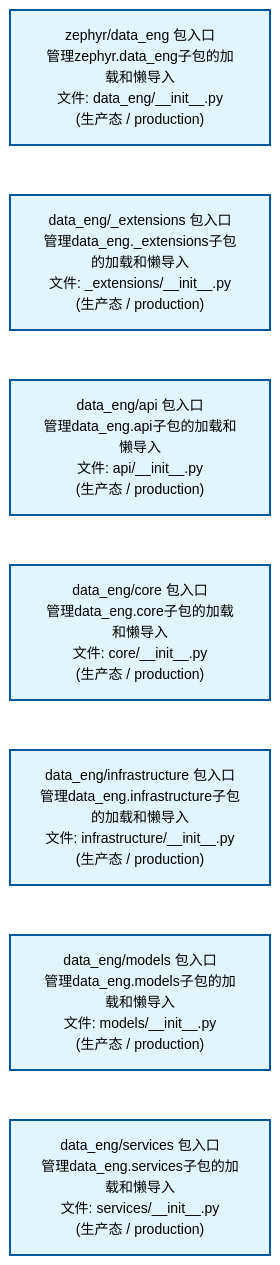
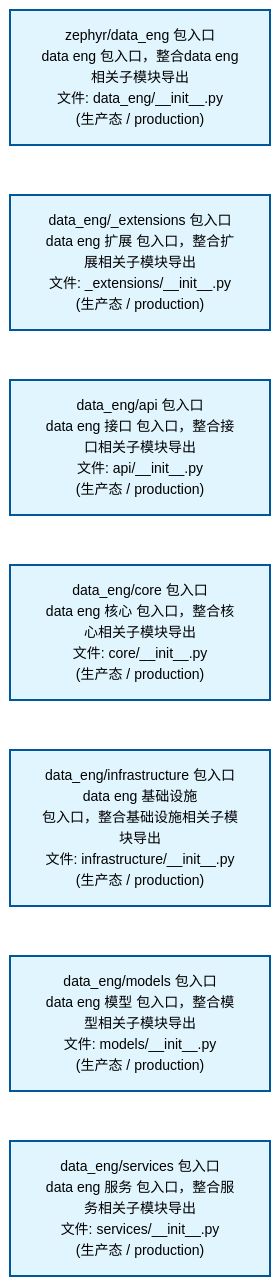
Before and after one commit to xuanFelixVan/ZephyrAlpha: the first of 2 diagrams in docs/02_enterprise_architecture/02_domain_architecture_docs/12_d_data_eng.md, drawn with Mermaid. The commit also changed other lines of this file and 50 other files, not shown here.

````diff
--- a/docs/02_enterprise_architecture/02_domain_architecture_docs/12_d_data_eng.md
+++ b/docs/02_enterprise_architecture/02_domain_architecture_docs/12_d_data_eng.md
@@ -53,22 +53,22 @@
 ```mermaid
 %%{init: {'theme': 'base', 'themeVariables': {'primaryColor': '#eaeaea', 'primaryTextColor': '#333333', 'primaryBorderColor': '#666666', 'lineColor': '#666666', 'secondaryColor': '#eaeaea', 'tertiaryColor': '#eaeaea', 'fontSize': '14px'}}}%%
 flowchart TD
-    src_zephyr_data_eng_init_py["zephyr/data_eng 包入口<br/>管理zephyr.data_eng子包的加载和懒导入<br/>文件: data_eng/__init__.py<br/>(生产态 / production)"]
-    src_zephyr_data_eng_extensions_init_py["data_eng/_extensions 包入口<br/>管理data_eng._extensions子包的加载和懒导入<br/>文件: _extensions/__init__.py<br/>(生产态 / production)"]
-    src_zephyr_data_eng_api_init_py["data_eng/api 包入口<br/>管理data_eng.api子包的加载和懒导入<br/>文件: api/__init__.py<br/>(生产态 / production)"]
-    src_zephyr_data_eng_core_init_py["data_eng/core 包入口<br/>管理data_eng.core子包的加载和懒导入<br/>文件: core/__init__.py<br/>(生产态 / production)"]
-    src_zephyr_data_eng_infrastructure_init_py["data_eng/infrastructure 包入口<br/>管理data_eng.infrastructure子包的加载和懒导入<br/>文件: infrastructure/__init__.py<br/>(生产态 / production)"]
-    src_zephyr_data_eng_models_init_py["data_eng/models 包入口<br/>管理data_eng.models子包的加载和懒导入<br/>文件: models/__init__.py<br/>(生产态 / production)"]
-    src_zephyr_data_eng_services_init_py["data_eng/services 包入口<br/>管理data_eng.services子包的加载和懒导入<br/>文件: services/__init__.py<br/>(生产态 / production)"]
+    src_zephyr_data_eng_init_py["zephyr/data_eng 包入口<br/>data eng 包入口，整合data eng相关子模块导出<br/>文件: data_eng/__init__.py<br/>(生产态 / production)"]
+    src_zephyr_data_eng_extensions_init_py["data_eng/_extensions 包入口<br/>data eng 扩展 包入口，整合扩展相关子模块导出<br/>文件: _extensions/__init__.py<br/>(生产态 / production)"]
+    src_zephyr_data_eng_api_init_py["data_eng/api 包入口<br/>data eng 接口 包入口，整合接口相关子模块导出<br/>文件: api/__init__.py<br/>(生产态 / production)"]
+    src_zephyr_data_eng_core_init_py["data_eng/core 包入口<br/>data eng 核心 包入口，整合核心相关子模块导出<br/>文件: core/__init__.py<br/>(生产态 / production)"]
+    src_zephyr_data_eng_infrastructure_init_py["data_eng/infrastructure 包入口<br/>data eng 基础设施<br/>包入口，整合基础设施相关子模块导出<br/>文件: infrastructure/__init__.py<br/>(生产态 / production)"]
+    src_zephyr_data_eng_models_init_py["data_eng/models 包入口<br/>data eng 模型 包入口，整合模型相关子模块导出<br/>文件: models/__init__.py<br/>(生产态 / production)"]
+    src_zephyr_data_eng_services_init_py["data_eng/services 包入口<br/>data eng 服务 包入口，整合服务相关子模块导出<br/>文件: services/__init__.py<br/>(生产态 / production)"]
     src_zephyr_data_eng_init_py ~~~ src_zephyr_data_eng_extensions_init_py
     src_zephyr_data_eng_extensions_init_py ~~~ src_zephyr_data_eng_api_init_py
     src_zephyr_data_eng_api_init_py ~~~ src_zephyr_data_eng_core_init_py
     src_zephyr_data_eng_core_init_py ~~~ src_zephyr_data_eng_infrastructure_init_py
     src_zephyr_data_eng_infrastructure_init_py ~~~ src_zephyr_data_eng_models_init_py
     src_zephyr_data_eng_models_init_py ~~~ src_zephyr_data_eng_services_init_py
     classDef production fill:#e1f5fe,stroke:#01579b,stroke-width:2px,color:#000
     classDef design fill:#fff3e0,stroke:#e65100,stroke-width:2px,color:#000,stroke-dasharray: 5 5
     classDef external_prod fill:#e8f4fd,stroke:#0277bd,stroke-width:1px,color:#000
     classDef external_design fill:#fff8e7,stroke:#ef6c00,stroke-width:1px,color:#000,stroke-dasharray: 5 5
     class src_zephyr_data_eng_init_py,src_zephyr_data_eng_extensions_init_py,src_zephyr_data_eng_api_init_py,src_zephyr_data_eng_core_init_py,src_zephyr_data_eng_infrastructure_init_py,src_zephyr_data_eng_models_init_py,src_zephyr_data_eng_services_init_py production
 ```
````
